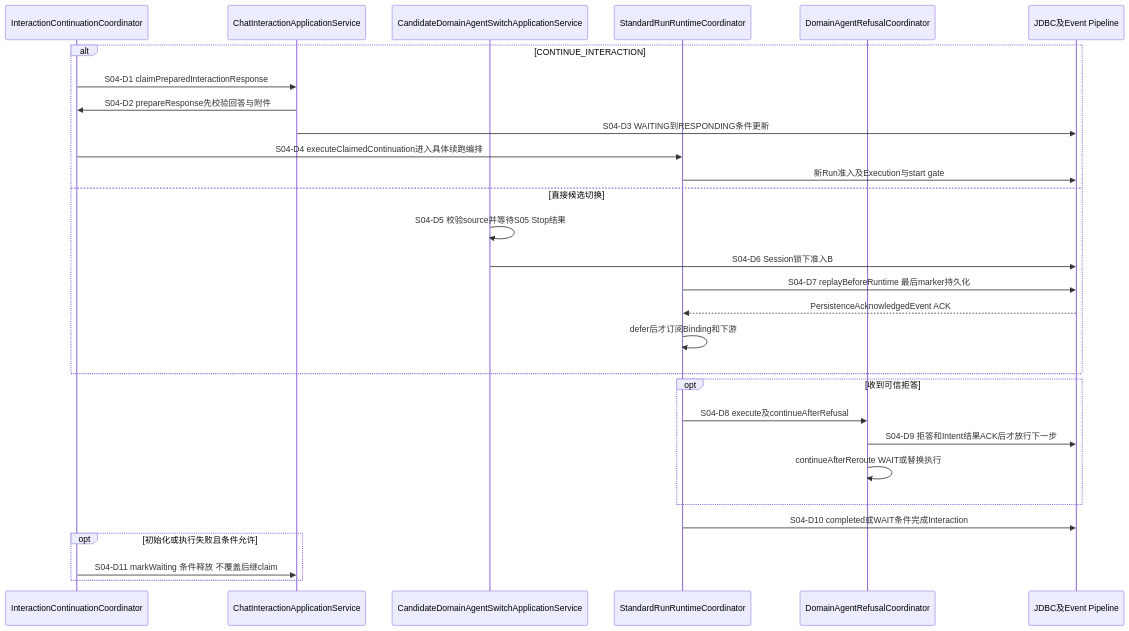
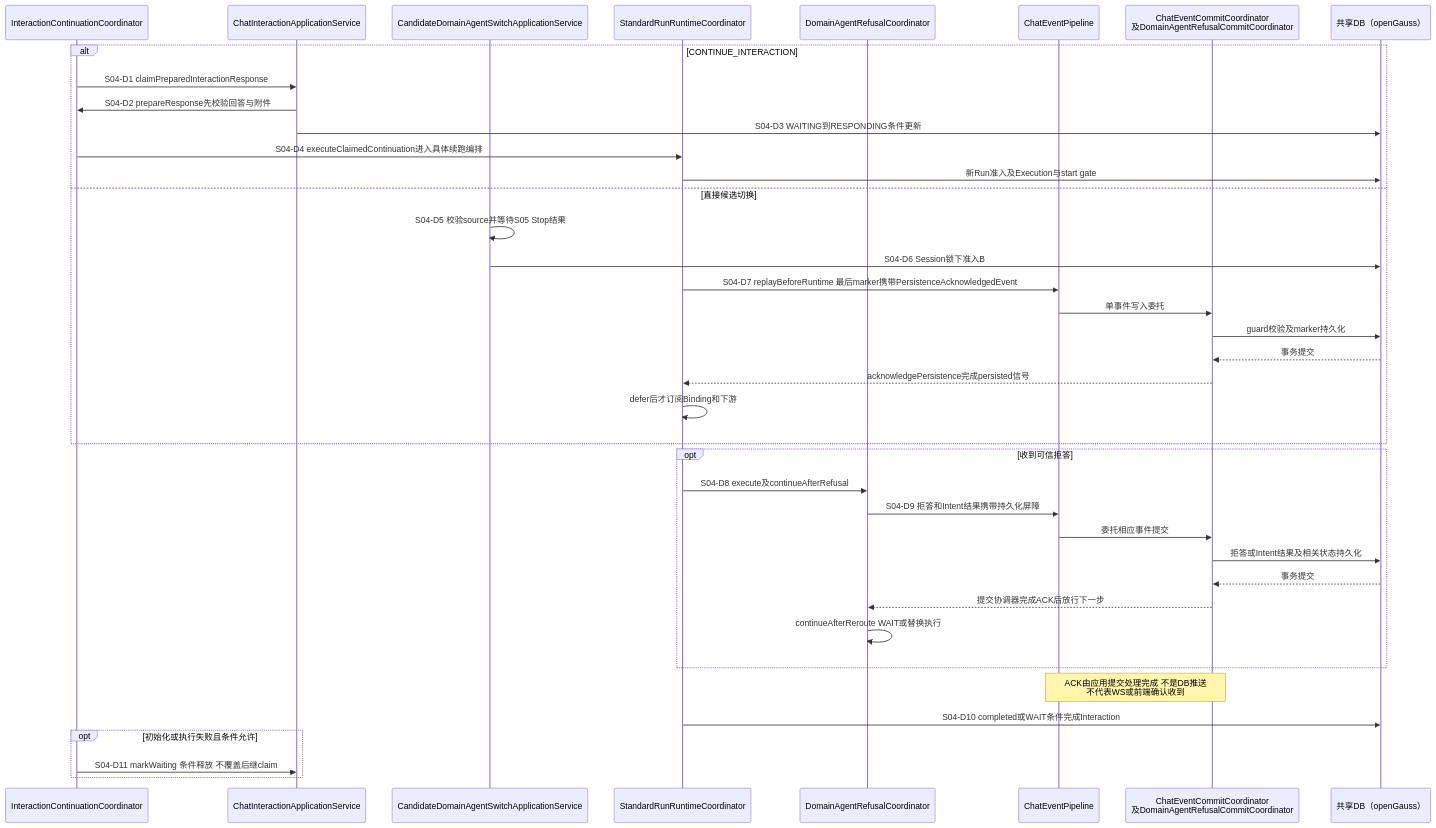
One commit to kunben-duck/exweb changed the eighth of 24 diagrams in docs/architecture/high-availability/scenarios.md. Above: the diagram before and after it, drawn with Mermaid. The commit also changed other lines of this file and 9 other files, not shown here.

````diff
--- a/docs/architecture/high-availability/scenarios.md
+++ b/docs/architecture/high-availability/scenarios.md
@@ -363,31 +460,41 @@
 ```mermaid
 sequenceDiagram
     participant IC as InteractionContinuationCoordinator
     participant IS as ChatInteractionApplicationService
     participant CS as CandidateDomainAgentSwitchApplicationService
     participant RT as StandardRunRuntimeCoordinator
     participant RF as DomainAgentRefusalCoordinator
-    participant DB as JDBC及Event Pipeline
+    participant PIPE as ChatEventPipeline
+    participant COM as ChatEventCommitCoordinator<br/>及DomainAgentRefusalCommitCoordinator
+    participant DB as 共享DB（openGauss）
     alt CONTINUE_INTERACTION
         IC->>IS: S04-D1 claimPreparedInteractionResponse
         IS->>IC: S04-D2 prepareResponse先校验回答与附件
         IS->>DB: S04-D3 WAITING到RESPONDING条件更新
         IC->>RT: S04-D4 executeClaimedContinuation进入具体续跑编排
         RT->>DB: 新Run准入及Execution与start gate
     else 直接候选切换
         CS->>CS: S04-D5 校验source并等待S05 Stop结果
         CS->>DB: S04-D6 Session锁下准入B
-        RT->>DB: S04-D7 replayBeforeRuntime 最后marker持久化
-        DB-->>RT: PersistenceAcknowledgedEvent ACK
+        RT->>PIPE: S04-D7 replayBeforeRuntime 最后marker携带PersistenceAcknowledgedEvent
+        PIPE->>COM: 单事件写入委托
+        COM->>DB: guard校验及marker持久化
+        DB-->>COM: 事务提交
+        COM-->>RT: acknowledgePersistence完成persisted信号
         RT->>RT: defer后才订阅Binding和下游
     end
     opt 收到可信拒答
         RT->>RF: S04-D8 execute及continueAfterRefusal
-        RF->>DB: S04-D9 拒答和Intent结果ACK后才放行下一步
+        RF->>PIPE: S04-D9 拒答和Intent结果携带持久化屏障
+        PIPE->>COM: 委托相应事件提交
+        COM->>DB: 拒答或Intent结果及相关状态持久化
+        DB-->>COM: 事务提交
+        COM-->>RF: 提交协调器完成ACK后放行下一步
         RF->>RF: continueAfterReroute WAIT或替换执行
     end
+    Note over PIPE,COM: ACK由应用提交处理完成 不是DB推送<br/>不代表WS或前端确认收到
     RT->>DB: S04-D10 completed或WAIT条件完成Interaction
     opt 初始化或执行失败且条件允许
         IC->>IS: S04-D11 markWaiting 条件释放 不覆盖后继claim
     end
 ```
````
